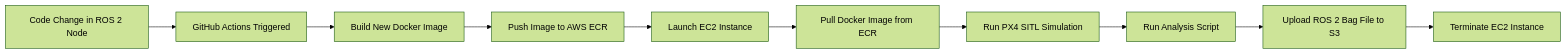
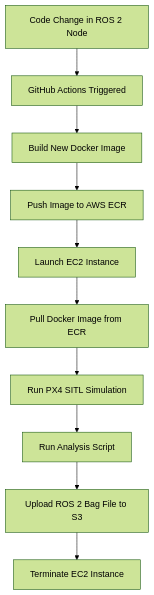
One commit to iftahnaf/px4_sitl_on_aws changed the diagram in README.md. Above: the diagram before and after it, drawn with Mermaid (forest theme).

````diff
--- a/README.md
+++ b/README.md
@@ -10,13 +10,13 @@
 ```mermaid
-flowchart LR
+flowchart TB
     A[Code Change in ROS 2 Node] --> B[GitHub Actions Triggered]
     B --> C[Build New Docker Image]
     C --> D[Push Image to AWS ECR]
     D --> E[Launch EC2 Instance]
     E --> F[Pull Docker Image from ECR]
     F --> G[Run PX4 SITL Simulation]
     G --> H[Run Analysis Script]
     H --> I[Upload ROS 2 Bag File to S3]
     I --> J[Terminate EC2 Instance]
 
 ```
````
